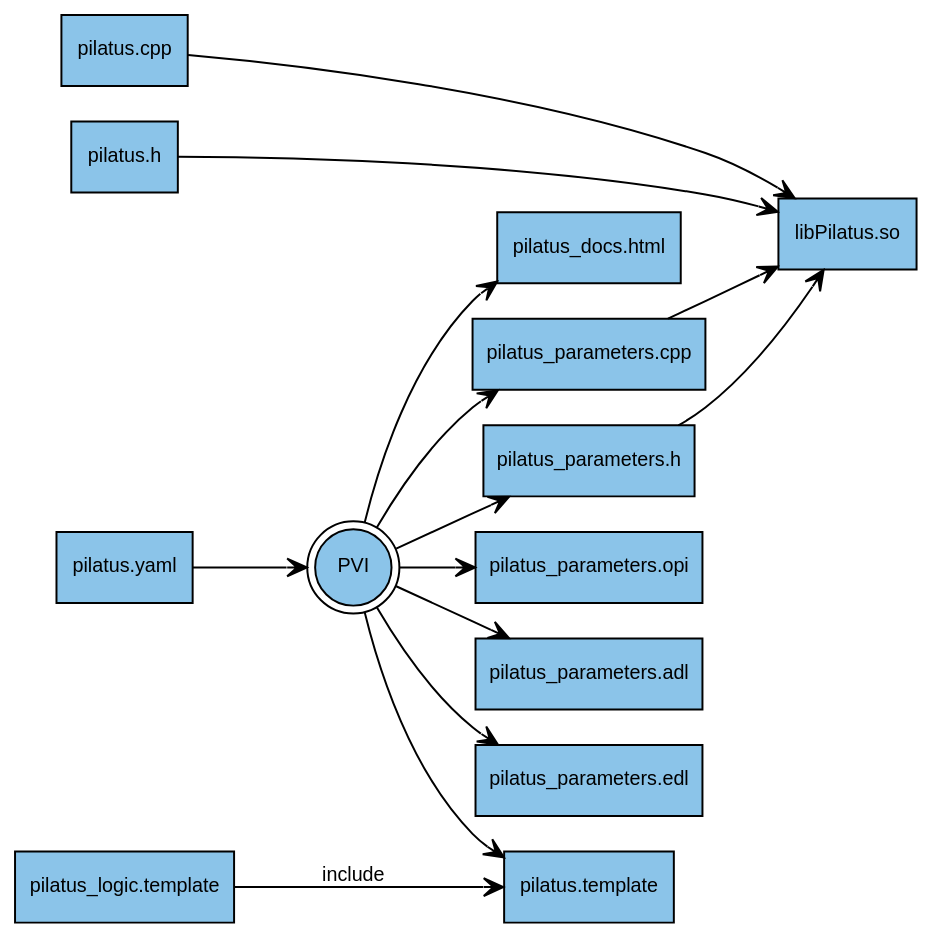
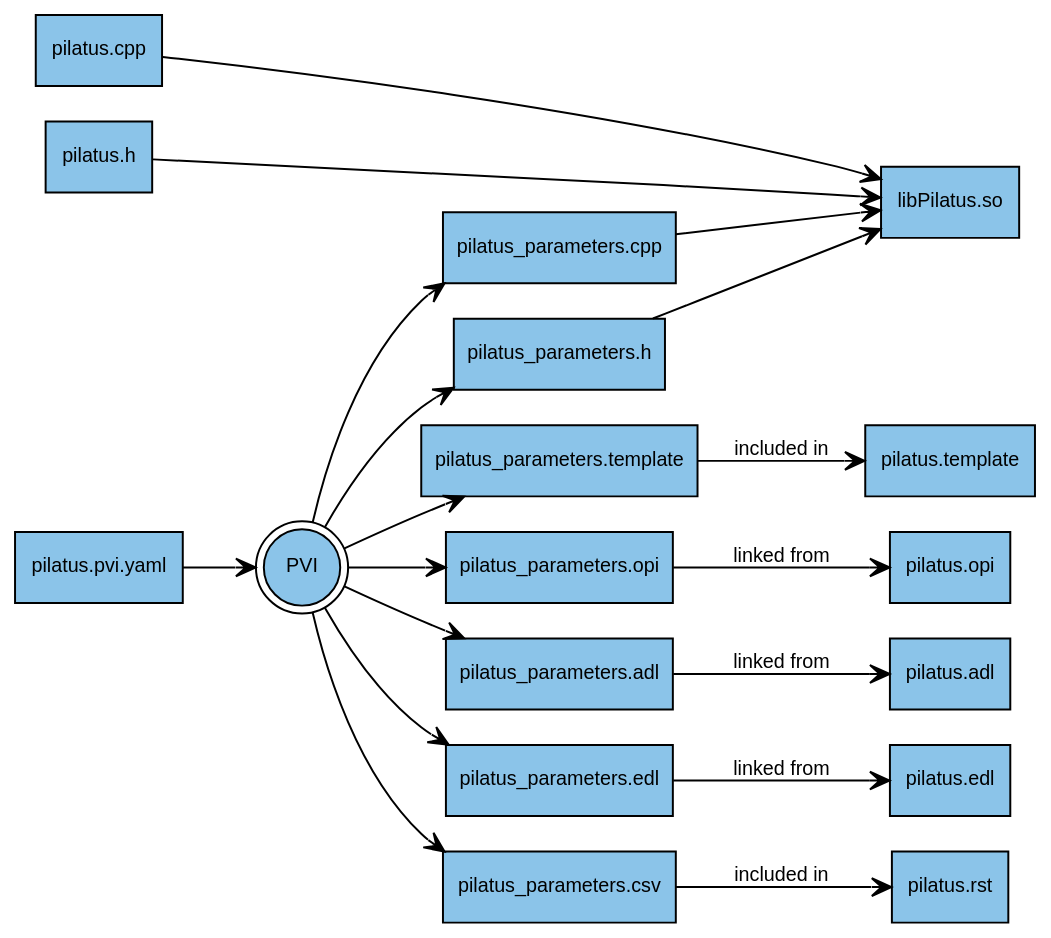
The first of 2 diagrams in docs/index.rst (epics-containers/pvi), drawn with Graphviz before and after one commit. The commit also changed other lines of this file and 16 other files, not shown here.

```diff
--- a/docs/index.rst
+++ b/docs/index.rst
@@ -19,28 +19,31 @@
 .. digraph:: pvi_flowchart
 
     bgcolor=transparent
     rankdir=LR
     node [fontname=Arial fontsize=10 shape=box style=filled fillcolor="#8BC4E9"]
     edge [fontname=Arial fontsize=10 arrowhead=vee]
 
     {   rank=same;
-        "pilatus.yaml"
-        "pilatus_logic.template"
+        "pilatus.pvi.yaml"
         "pilatus.cpp"
         "pilatus.h"
     }
 
     PVI [shape=doublecircle]
-    "pilatus.yaml" -> PVI
+    "pilatus.pvi.yaml" -> PVI
     PVI -> "pilatus_parameters.cpp"
     PVI -> "pilatus_parameters.h"
-    PVI -> "pilatus.template"
+    PVI -> "pilatus_parameters.template"
     PVI -> "pilatus_parameters.opi"
     PVI -> "pilatus_parameters.adl"
     PVI -> "pilatus_parameters.edl"
-    PVI -> "pilatus_docs.html"
-    "pilatus_logic.template" -> "pilatus.template" [label="include"]
+    PVI -> "pilatus_parameters.csv"
+    "pilatus_parameters.template" -> "pilatus.template" [label="included in"]
     "pilatus_parameters.cpp" -> "libPilatus.so"
     "pilatus_parameters.h" -> "libPilatus.so"
     "pilatus.cpp" -> "libPilatus.so"
     "pilatus.h" -> "libPilatus.so"
+    "pilatus_parameters.csv" -> "pilatus.rst" [label="included in"]
+    "pilatus_parameters.adl" -> "pilatus.adl" [label="linked from"]
+    "pilatus_parameters.edl" -> "pilatus.edl" [label="linked from"]
+    "pilatus_parameters.opi" -> "pilatus.opi" [label="linked from"]
```
